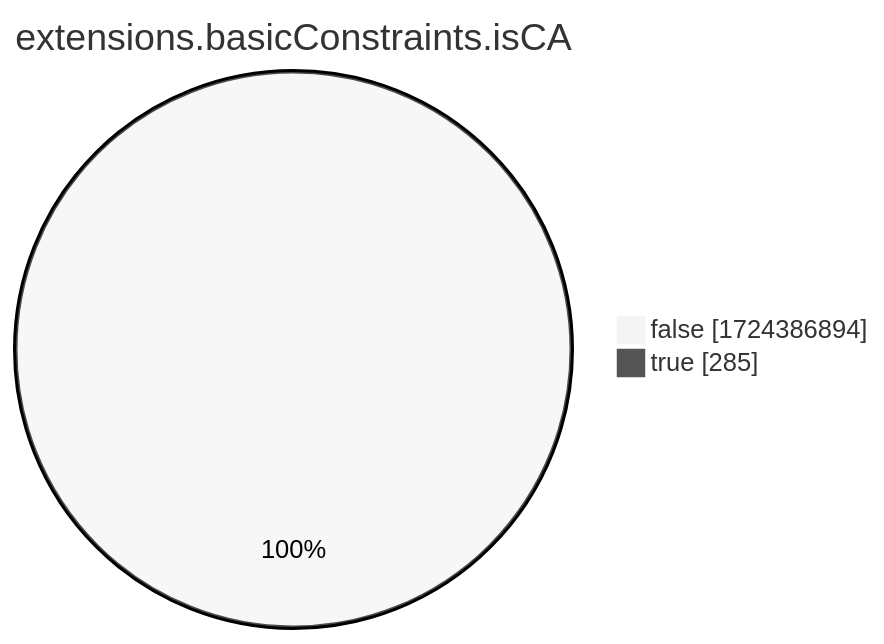
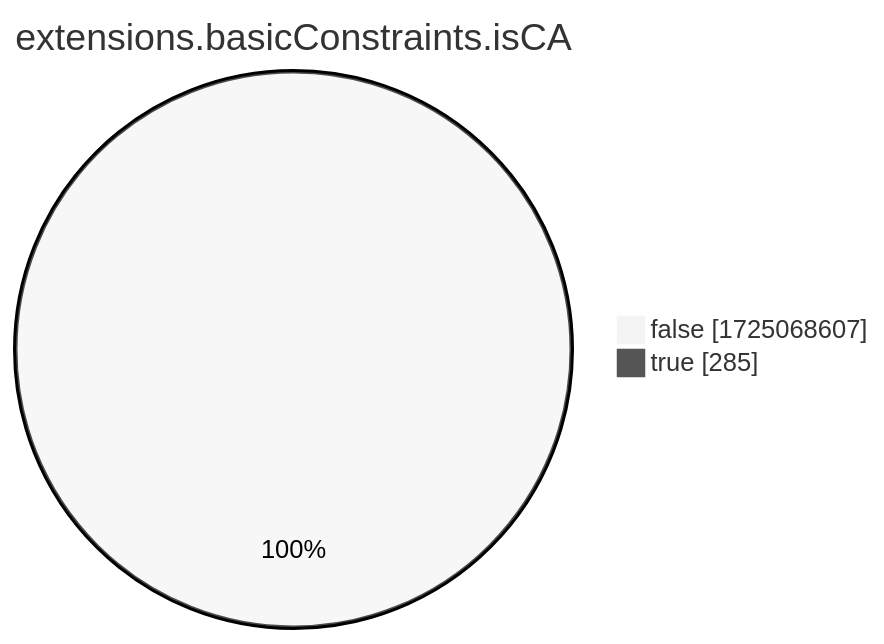
Before and after one commit to christiankrug/ctmonitor_visualization: the eighth of 15 diagrams in xenon2022/README.md, drawn with Mermaid (neutral theme). The commit also changed other lines of this file, not shown here.

````diff
--- a/xenon2022/README.md
+++ b/xenon2022/README.md
@@ -2867,6 +2867,6 @@
 ```mermaid
 pie showData
 title extensions.basicConstraints.isCA
-"false" :1724386894
+"false" :1725068607
 "true" :285
 ```
````
